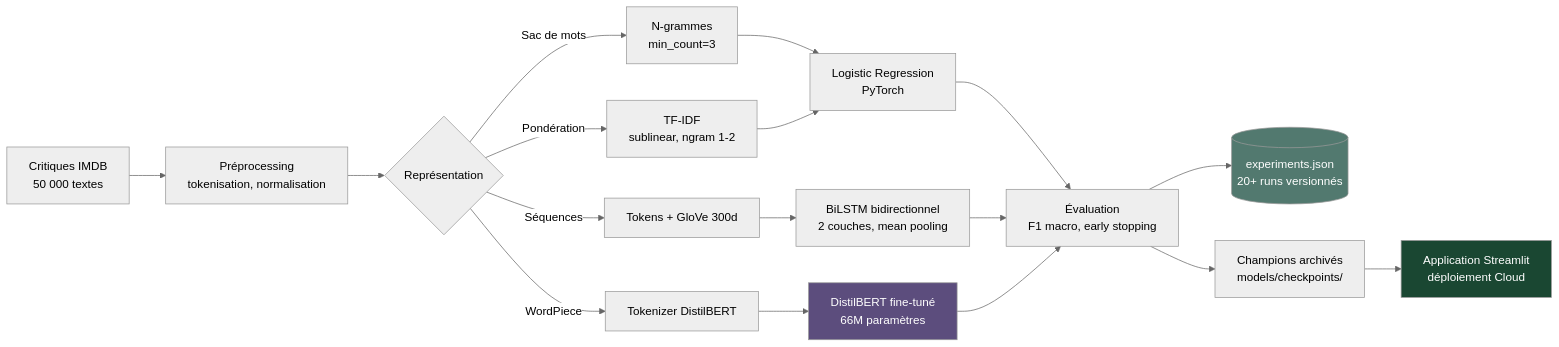
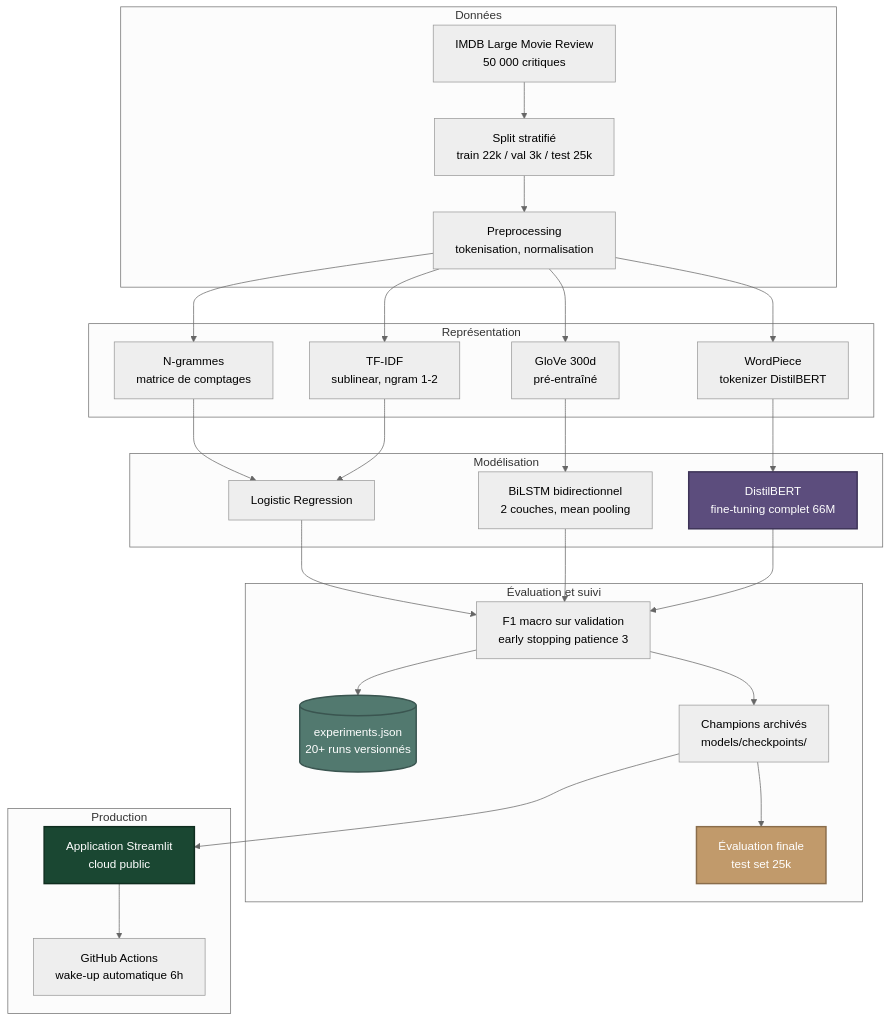
One commit to sandraFogang/nlp-sentiment-classification changed the diagram in README.md. Above: the diagram before and after it, drawn with Mermaid (neutral theme). The commit also changed other lines of this file and 6 other files, not shown here.

Commit message:
docs: README final restructure (val/test separes, 8 graphiques optimises, pipeline enrichi)

````diff
--- a/README.md
+++ b/README.md
@@ -89,27 +103,55 @@
 ```mermaid
-flowchart LR
-    A[Critiques IMDB<br/>50 000 textes] --> B[Préprocessing<br/>tokenisation, normalisation]
-    B --> C{Représentation}
-    C -->|Sac de mots| D[N-grammes<br/>min_count=3]
-    C -->|Pondération| E[TF-IDF<br/>sublinear, ngram 1-2]
-    C -->|Séquences| F[Tokens + GloVe 300d]
-    C -->|WordPiece| G[Tokenizer DistilBERT]
+flowchart TB
+    subgraph DATA["Données"]
+        A[IMDB Large Movie Review<br/>50 000 critiques]
+        A --> B[Split stratifié<br/>train 22k / val 3k / test 25k]
+        B --> C[Preprocessing<br/>tokenisation, normalisation]
+    end
 
-    D --> H[Logistic Regression<br/>PyTorch]
+    subgraph FEAT["Représentation"]
+        D[N-grammes<br/>matrice de comptages]
+        E[TF-IDF<br/>sublinear, ngram 1-2]
+        F[GloVe 300d<br/>pré-entraîné]
+        G[WordPiece<br/>tokenizer DistilBERT]
+    end
+
+    subgraph MODELS["Modélisation"]
+        H[Logistic Regression]
+        I[BiLSTM bidirectionnel<br/>2 couches, mean pooling]
+        J[DistilBERT<br/>fine-tuning complet 66M]
+    end
+
+    subgraph EVAL["Évaluation et suivi"]
+        K[F1 macro sur validation<br/>early stopping patience 3]
+        L[(experiments.json<br/>20+ runs versionnés)]
+        M[Champions archivés<br/>models/checkpoints/]
+        N[Évaluation finale<br/>test set 25k]
+    end
+
+    subgraph PROD["Production"]
+        O[Application Streamlit<br/>cloud public]
+        P[GitHub Actions<br/>wake-up automatique 6h]
+    end
+
+    C --> D
+    C --> E
+    C --> F
+    C --> G
+    D --> H
     E --> H
-    F --> I[BiLSTM bidirectionnel<br/>2 couches, mean pooling]
-    G --> J[DistilBERT fine-tuné<br/>66M paramètres]
-
-    H --> K[Évaluation<br/>F1 macro, early stopping]
+    F --> I
+    G --> J
+    H --> K
     I --> K
     J --> K
+    K --> L
+    K --> M
+    M --> N
+    M --> O
+    O --> P
 
-    K --> L[(experiments.json<br/>20+ runs versionnés)]
-    K --> M[Champions archivés<br/>models/checkpoints/]
-
-    M --> N[Application Streamlit<br/>déploiement Cloud]
-
-    style J fill:#5C4D7D,color:#fff
-    style N fill:#1A4732,color:#fff
-    style L fill:#52796F,color:#fff
+    style J fill:#5C4D7D,color:#fff,stroke:#3D3357,stroke-width:2px
+    style N fill:#C19A6B,color:#fff,stroke:#8A6D4B,stroke-width:2px
+    style O fill:#1A4732,color:#fff,stroke:#0F2D1F,stroke-width:2px
+    style L fill:#52796F,color:#fff,stroke:#3A5550,stroke-width:2px
 ```
````
